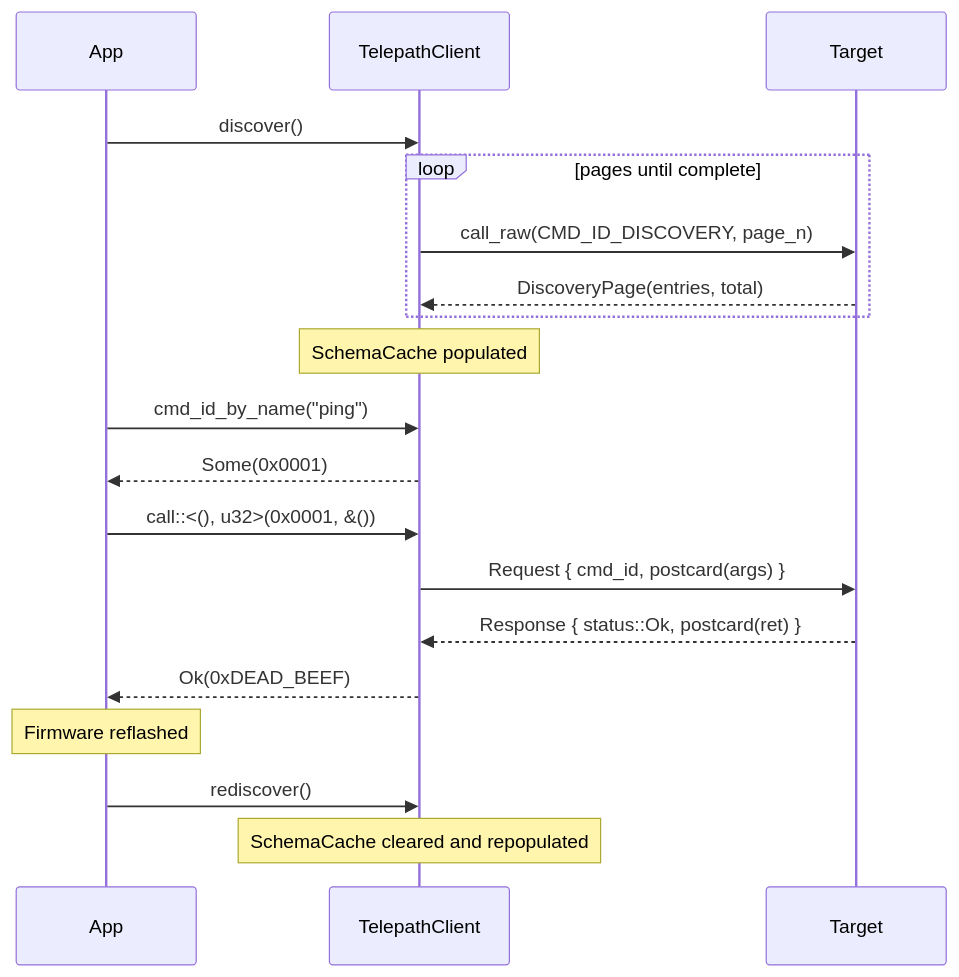
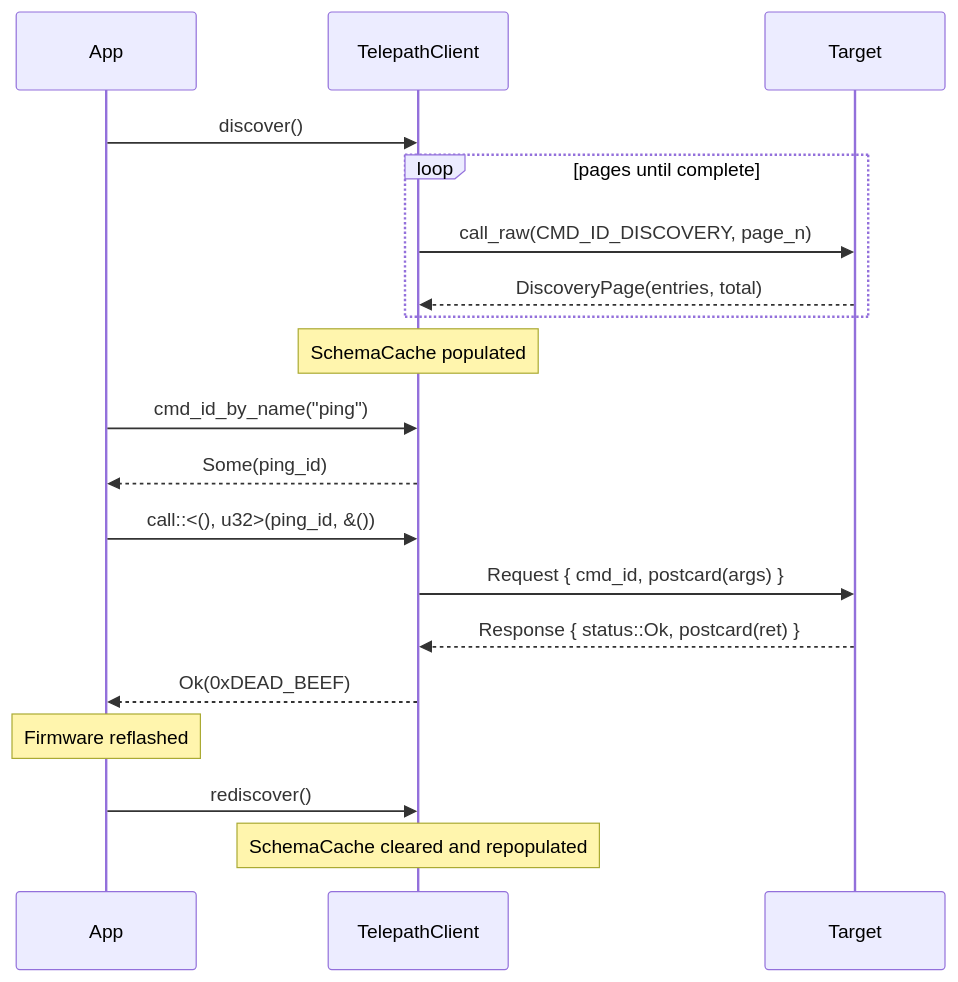
The diagram in telepath-client/README.md (tarotene/telepath), drawn with Mermaid before and after one commit. The commit also changed other lines of this file and 2 other files, not shown here.

First line of the commit message:
fix(client): address review feedback on PR #174

````diff
--- a/telepath-client/README.md
+++ b/telepath-client/README.md
@@ -98,25 +100,25 @@
 ```mermaid
 sequenceDiagram
     participant App
     participant Client as TelepathClient
     participant Target
 
     App->>Client: discover()
     loop pages until complete
         Client->>Target: call_raw(CMD_ID_DISCOVERY, page_n)
         Target-->>Client: DiscoveryPage(entries, total)
     end
     Note over Client: SchemaCache populated
 
     App->>Client: cmd_id_by_name("ping")
-    Client-->>App: Some(0x0001)
+    Client-->>App: Some(ping_id)
 
-    App->>Client: call::<(), u32>(0x0001, &())
+    App->>Client: call::<(), u32>(ping_id, &())
     Client->>Target: Request { cmd_id, postcard(args) }
     Target-->>Client: Response { status::Ok, postcard(ret) }
     Client-->>App: Ok(0xDEAD_BEEF)
 
     Note over App: Firmware reflashed
     App->>Client: rediscover()
     Note over Client: SchemaCache cleared and repopulated
 ```
````
